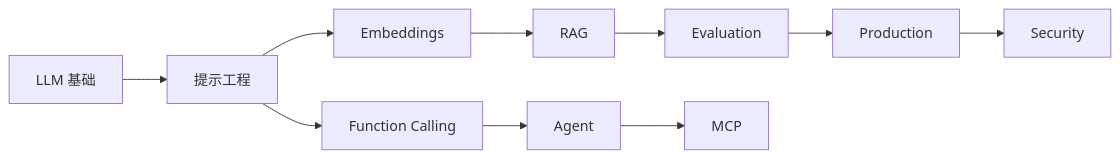
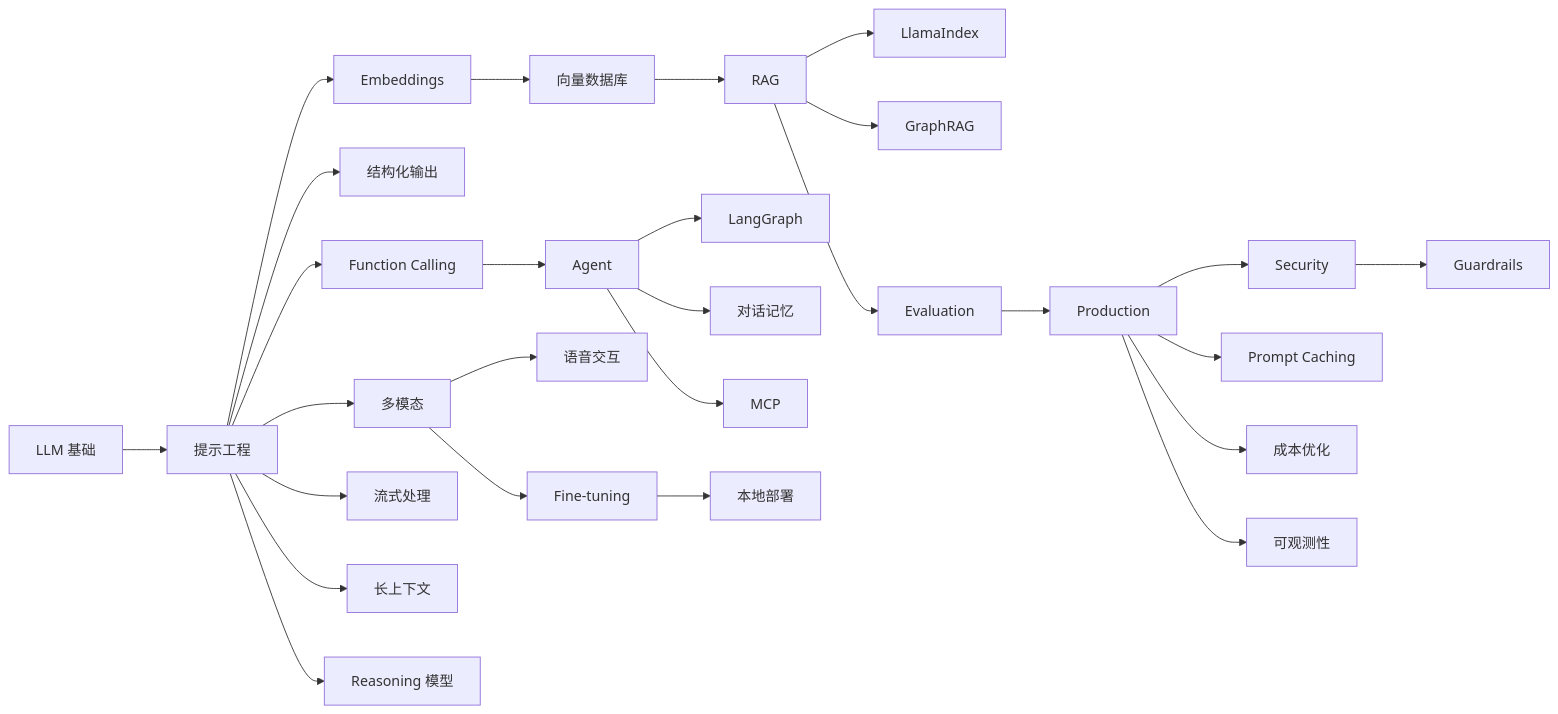
The diagram in docs/ai/index.md (to-lib/to-lib.github.io), drawn with Mermaid before and after one commit. The commit also changed other lines of this file and 133 other files, not shown here.

````diff
--- a/docs/ai/index.md
+++ b/docs/ai/index.md
@@ -39,12 +79,29 @@
 ```mermaid
 graph LR
     A[LLM 基础] --> B[提示工程]
     B --> C[Embeddings]
-    C --> D[RAG]
-    B --> E[Function Calling]
-    E --> F[Agent]
-    D --> G[Evaluation]
-    G --> H[Production]
-    H --> I[Security]
-    F --> J[MCP]
+    C --> D[向量数据库]
+    D --> E[RAG]
+    E --> R[LlamaIndex]
+    E --> GR[GraphRAG]
+    B --> F[结构化输出]
+    B --> G[Function Calling]
+    G --> H[Agent]
+    H --> I[LangGraph]
+    H --> S[对话记忆]
+    E --> J[Evaluation]
+    J --> K[Production]
+    K --> L[Security]
+    L --> GD[Guardrails]
+    K --> T[Prompt Caching]
+    K --> CO[成本优化]
+    K --> OB[可观测性]
+    H --> M[MCP]
+    B --> N[多模态]
+    N --> VO[语音交互]
+    N --> O[Fine-tuning]
+    B --> P[流式处理]
+    O --> Q[本地部署]
+    B --> U[长上下文]
+    B --> V[Reasoning 模型]
 ```
````
